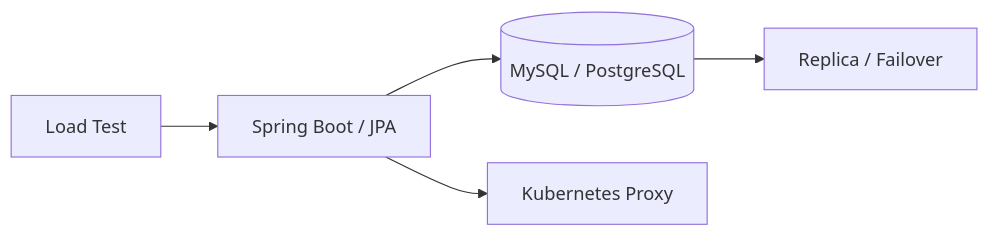
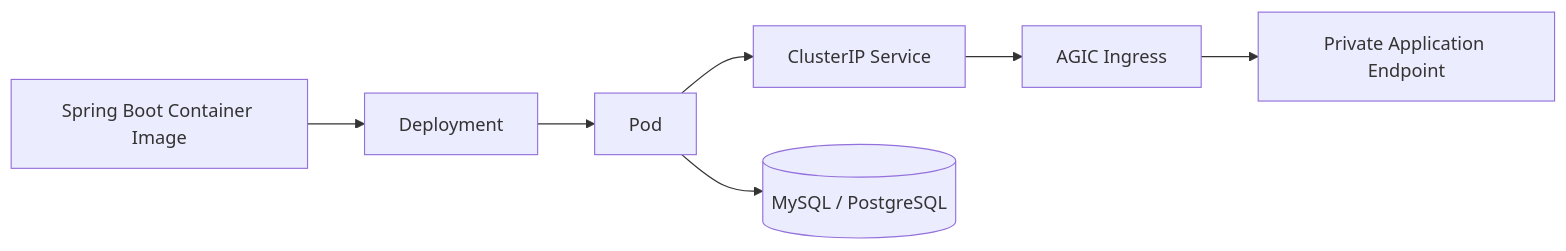
One commit to min-ser/min-ser.github.io changed the third of 5 diagrams in content/03_PROJECTS/2023-kb-healthcare.md. Above: the diagram before and after it, drawn with Mermaid. The commit also changed other lines of this file and 7 other files, not shown here.

````diff
--- a/content/03_PROJECTS/2023-kb-healthcare.md
+++ b/content/03_PROJECTS/2023-kb-healthcare.md
@@ -16,7 +87,9 @@
 ```mermaid
 flowchart LR
- APP[Spring Boot / JPA] --> DB[(MySQL / PostgreSQL)]
- DB --> REP[Replica / Failover]
- APP --> K8S[Kubernetes Proxy]
- TEST[Load Test] --> APP
+    IMG[Spring Boot Container Image] --> DEP[Deployment]
+    DEP --> POD[Pod]
+    POD --> SVC[ClusterIP Service]
+    SVC --> ING[AGIC Ingress]
+    ING --> APP[Private Application Endpoint]
+    POD --> DB[(MySQL / PostgreSQL)]
 ```
````
